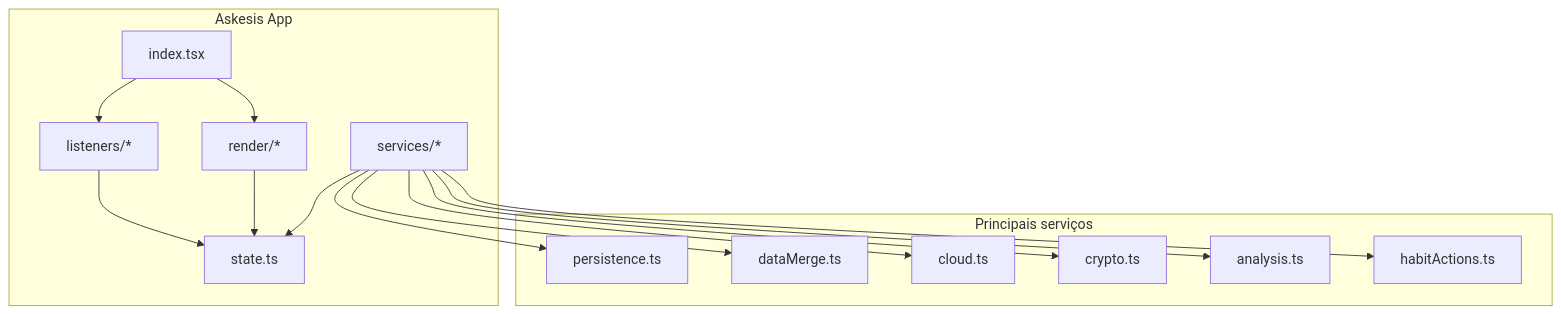
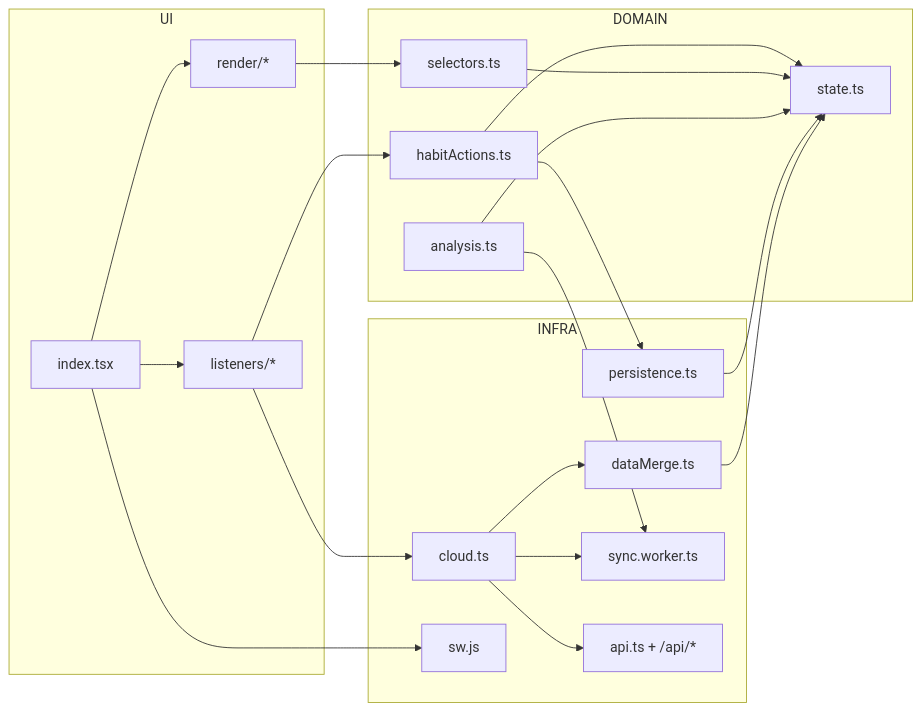
Before and after one commit to farifran/askesis: the third of 5 diagrams in docs/ARCHITECTURE.md, drawn with Mermaid. The commit also changed other lines of this file and 1 other file, not shown here.

Commit message:
feat: atualizar diagramas de arquitetura e fluxos no documento de arquitetura

````diff
--- a/docs/ARCHITECTURE.md
+++ b/docs/ARCHITECTURE.md
@@ -52,32 +52,46 @@
 ```mermaid
-flowchart TB
-  subgraph App[Askesis App]
+flowchart LR
+  subgraph UI
     IDX[index.tsx]
+    LISTEN[listeners/*]
     RENDER[render/*]
-    LISTEN[listeners/*]
-    STATE[state.ts]
-    SERVICES[services/*]
   end
 
-  IDX --> RENDER
-  IDX --> LISTEN
-  LISTEN --> STATE
-  RENDER --> STATE
-  SERVICES --> STATE
-
-  subgraph Services[Principais serviços]
-    PERSIST[persistence.ts]
-    MERGE[dataMerge.ts]
-    CLOUD[cloud.ts]
-    CRYP[crypto.ts]
+  subgraph DOMAIN
+    ACTIONS[habitActions.ts]
+    SELECTORS[selectors.ts]
     ANALYSIS[analysis.ts]
-    ACTIONS[habitActions.ts]
+    STATE[state.ts]
   end
 
-  SERVICES --> PERSIST
-  SERVICES --> MERGE
-  SERVICES --> CLOUD
-  SERVICES --> CRYP
-  SERVICES --> ANALYSIS
-  SERVICES --> ACTIONS
+  subgraph INFRA
+    PERSIST[persistence.ts]
+    CLOUD[cloud.ts]
+    MERGE[dataMerge.ts]
+    WORKER[sync.worker.ts]
+    API[api.ts + /api/*]
+    SW[sw.js]
+  end
+
+  IDX --> LISTEN
+  IDX --> RENDER
+
+  LISTEN --> ACTIONS
+  RENDER --> SELECTORS
+
+  ACTIONS --> STATE
+  SELECTORS --> STATE
+  ANALYSIS --> STATE
+
+  ACTIONS --> PERSIST
+  PERSIST --> STATE
+
+  LISTEN --> CLOUD
+  CLOUD --> WORKER
+  CLOUD --> API
+  CLOUD --> MERGE
+  MERGE --> STATE
+  ANALYSIS --> WORKER
+
+  IDX --> SW
 ```
````
